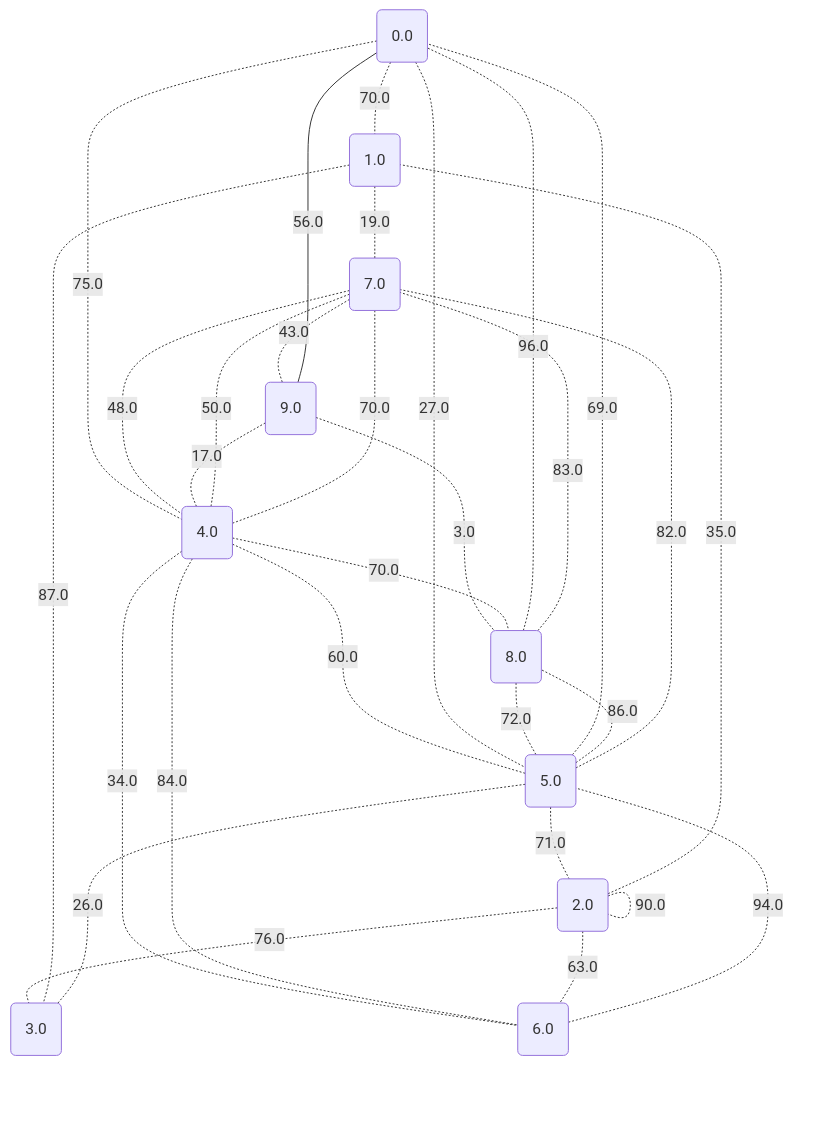
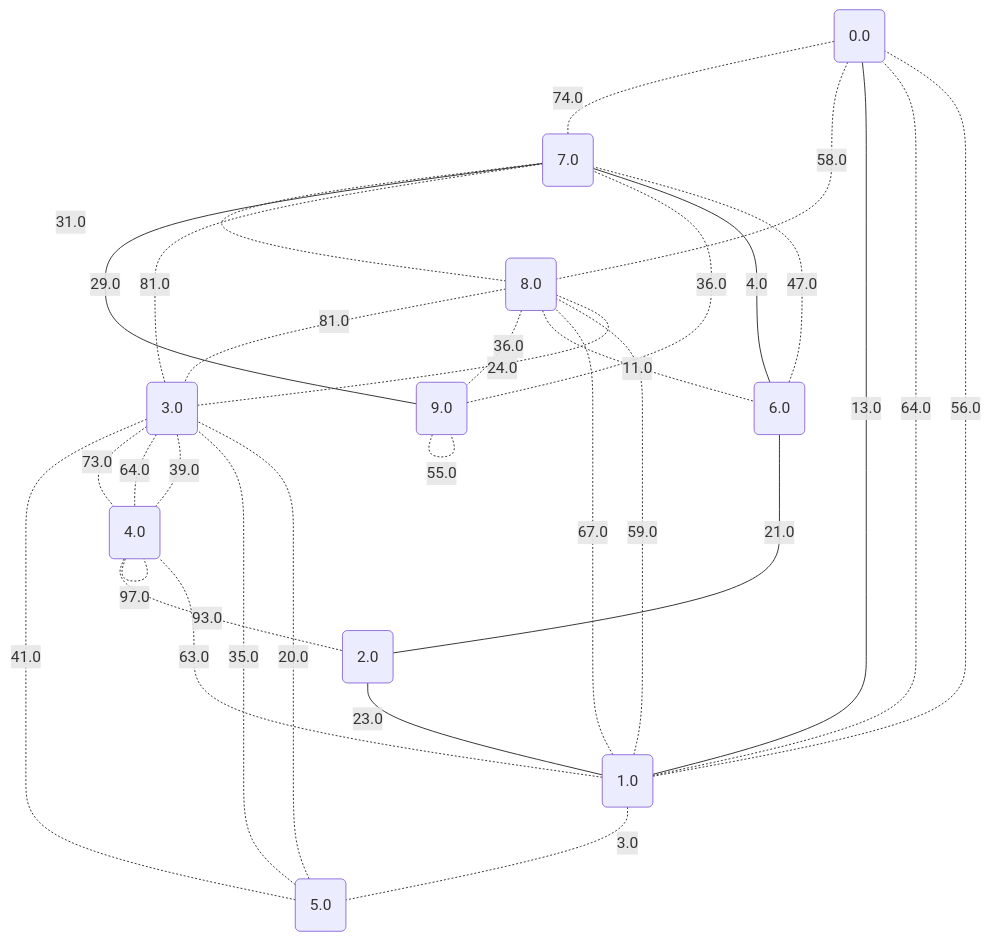
One commit to metury/graphs changed diagram 11 of 11 in project/src/testing/showcase/dijkstra.md. Above: the diagram before and after it, drawn with Mermaid. The commit also changed other lines of this file and 33 other files, not shown here.

````diff
--- a/project/src/testing/showcase/dijkstra.md
+++ b/project/src/testing/showcase/dijkstra.md
@@ -467,43 +467,43 @@
 ```mermaid
 graph TD;
 	0("0.0");
 	1("1.0");
 	2("2.0");
 	3("3.0");
 	4("4.0");
 	5("5.0");
 	6("6.0");
 	7("7.0");
 	8("8.0");
 	9("9.0");
-	6 -. "94.0" -.- 5;
-	4 -. "34.0" -.- 6;
-	2 -. "76.0" -.- 3;
-	4 -. "84.0" -.- 6;
-	4 -. "50.0" -.- 7;
-	7 -. "43.0" -.- 9;
-	4 -. "60.0" -.- 5;
-	0 -. "70.0" -.- 1;
-	0 -. "75.0" -.- 4;
-	5 -. "71.0" -.- 2;
-	2 -. "25.0" -.- 2;
-	1 -. "87.0" -.- 3;
-	2 -. "35.0" -.- 1;
-	9 -. "3.0" -.- 8;
-	8 -. "96.0" -.- 0;
-	4 -. "70.0" -.- 7;
-	2 -. "63.0" -.- 6;
-	8 -. "83.0" -.- 7;
-	5 -. "26.0" -.- 3;
-	7 -. "48.0" -.- 4;
-	1 -. "19.0" -.- 7;
-	0 -. "27.0" -.- 5;
-	8 -. "72.0" -.- 5;
-	9 -- "56.0" --- 0;
-	5 -. "69.0" -.- 0;
-	9 -. "17.0" -.- 4;
-	4 -. "70.0" -.- 8;
-	2 -. "90.0" -.- 2;
-	5 -. "86.0" -.- 8;
-	5 -. "82.0" -.- 7;
+	9 -. "55.0" -.- 9;
+	8 -. "81.0" -.- 3;
+	3 -. "81.0" -.- 7;
+	1 -. "3.0" -.- 5;
+	1 -- "13.0" --- 0;
+	3 -. "41.0" -.- 5;
+	0 -. "74.0" -.- 7;
+	5 -. "35.0" -.- 3;
+	3 -. "73.0" -.- 4;
+	3 -. "64.0" -.- 4;
+	7 -. "31.0" -.- 8;
+	7 -- "29.0" --- 9;
+	6 -- "4.0" --- 7;
+	8 -. "36.0" -.- 9;
+	3 -. "39.0" -.- 4;
+	6 -- "21.0" --- 2;
+	9 -. "36.0" -.- 7;
+	2 -- "23.0" --- 1;
+	3 -. "24.0" -.- 8;
+	4 -. "97.0" -.- 4;
+	1 -. "63.0" -.- 4;
+	1 -. "64.0" -.- 0;
+	4 -. "93.0" -.- 2;
+	1 -. "56.0" -.- 0;
+	0 -. "58.0" -.- 8;
+	8 -. "11.0" -.- 6;
+	1 -. "59.0" -.- 8;
+	5 -. "20.0" -.- 3;
+	6 -. "47.0" -.- 7;
+	8 -. "67.0" -.- 1;
 ```
````
